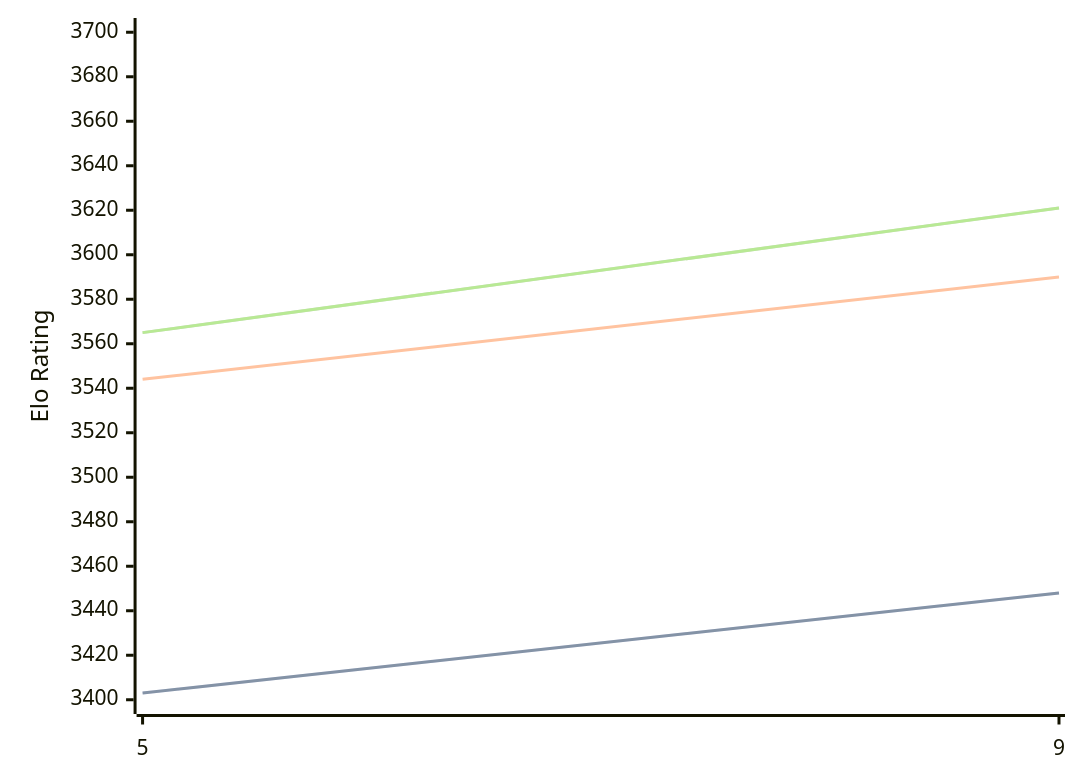
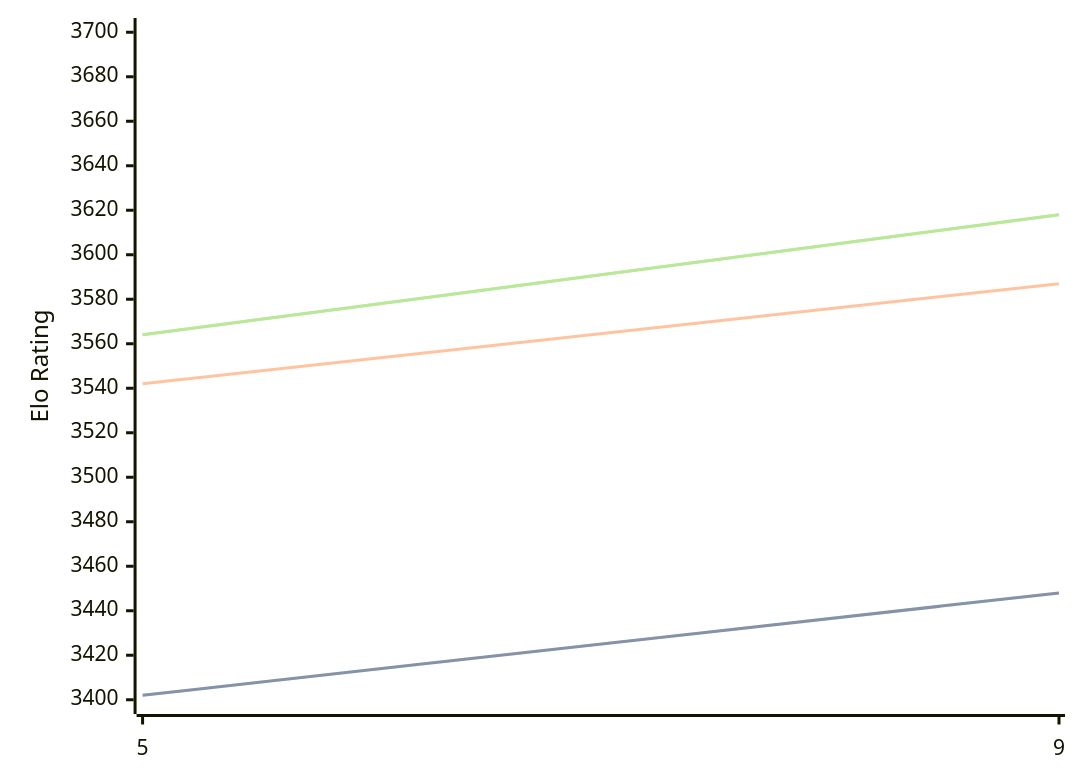
One commit to computer-chess-index/cci changed the diagram in engines/Crystal.md. Above: the diagram before and after it, drawn with Mermaid. The commit also changed other lines of this file, not shown here.

Commit message:
Update CCI Ratings (ELO VLTC) - 2026-03-31

````diff
--- a/engines/Crystal.md
+++ b/engines/Crystal.md
@@ -60,11 +60,11 @@
 ```mermaid
 %%{init: {"theme":"base","themeVariables":{"seriesColors:['#a3a3a3','#222221','#faa371']}}}%%
 xychart-beta
   x-axis ["5", "9"]
   y-axis "Elo Rating" 3400 --> 3700
-  line "STC (8.0+0.08s)" [3403, 3448]
-  line "STC (8.0+0.08s)" [3403, 3448]
-  line "LTC (60.0+0.60s)" [3544, 3590]
-  line "VLTC (2m24s+1.12s)" [3565, 3621]
-  line "VLTC (2m24s+1.12s)" [3565, 3621]
+  line "STC (8.0+0.08s)" [3402, 3448]
+  line "STC (8.0+0.08s)" [3402, 3448]
+  line "LTC (60.0+0.60s)" [3542, 3587]
+  line "VLTC (2m24s+1.12s)" [3564, 3618]
+  line "VLTC (2m24s+1.12s)" [3564, 3618]
 ```
````
